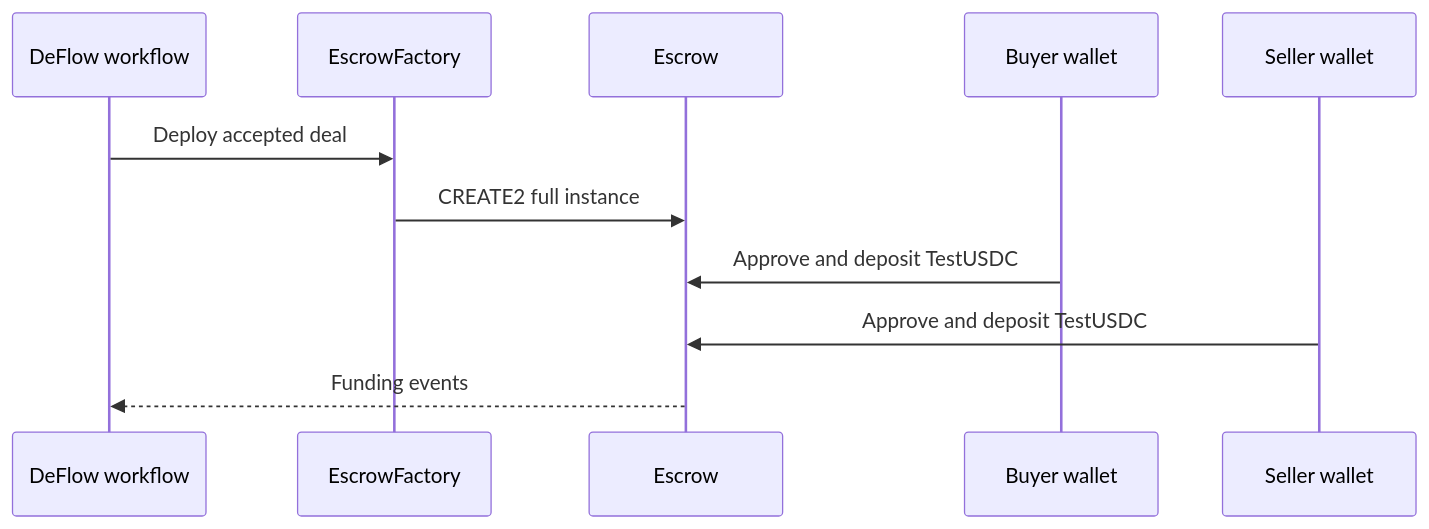
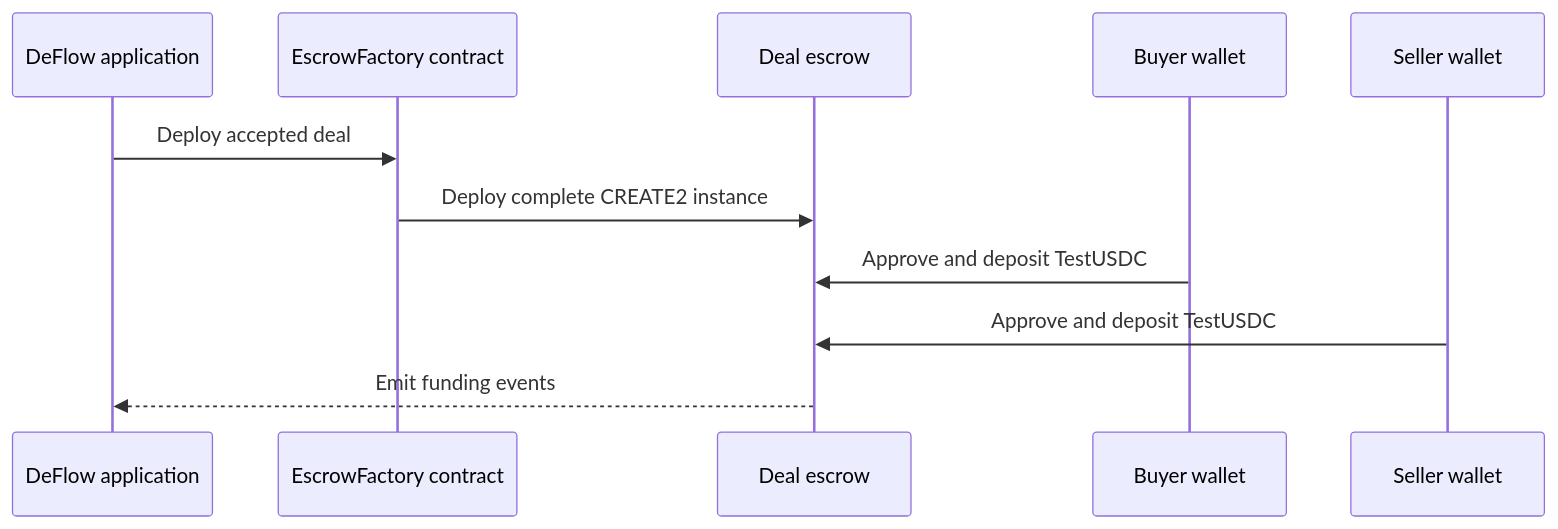
The diagram in content/2.user-guide/1.trading/3.escrow-and-funding.md (deflowlabs/docs), drawn with Mermaid before and after one commit. The commit also changed 10 other files, not shown here.

Commit message:
feat(docs): modernize Mermaid presentation and delivery

````diff
--- a/content/2.user-guide/1.trading/3.escrow-and-funding.md
+++ b/content/2.user-guide/1.trading/3.escrow-and-funding.md
@@ -17,13 +17,13 @@
 ```mermaid [Escrow deployment and funding]
 sequenceDiagram
-  participant D as DeFlow workflow
-  participant F as EscrowFactory
-  participant E as Escrow
+  participant D as DeFlow application
+  participant F as EscrowFactory contract
+  participant E as Deal escrow
   participant B as Buyer wallet
   participant S as Seller wallet
   D->>F: Deploy accepted deal
-  F->>E: CREATE2 full instance
+  F->>E: Deploy complete CREATE2 instance
   B->>E: Approve and deposit TestUSDC
   S->>E: Approve and deposit TestUSDC
-  E-->>D: Funding events
+  E-->>D: Emit funding events
 ```
````
